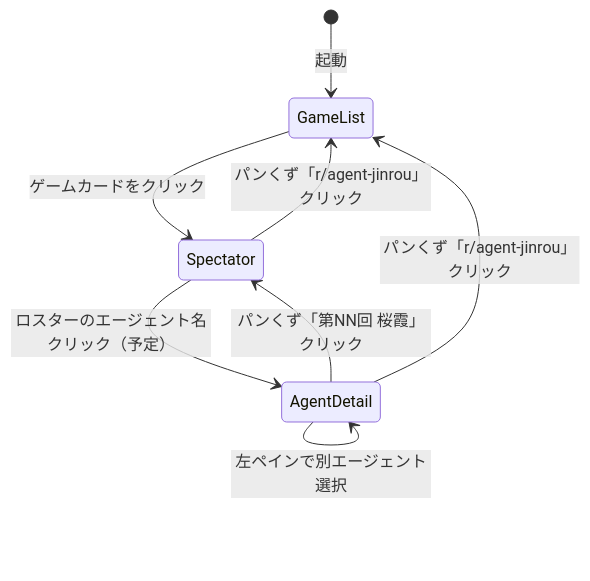
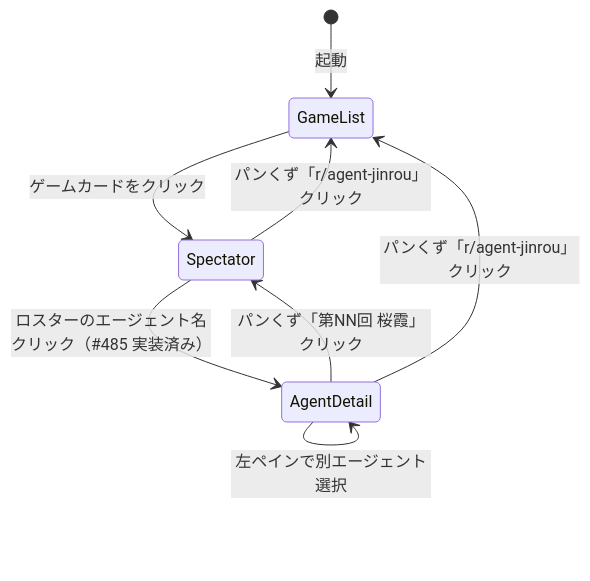
One commit to yukkie/AgentVillage changed the first of 4 diagrams in doc/FrontendDesign.md. Above: the diagram before and after it, drawn with Mermaid. The commit also changed other lines of this file and 3 other files, not shown here.

Commit message:
feat(frontend): make SpectatorScreen avatars navigable to AgentDetailScreen (closes #485)

````diff
--- a/doc/FrontendDesign.md
+++ b/doc/FrontendDesign.md
@@ -154,10 +154,10 @@
 ```mermaid
 stateDiagram-v2
     [*] --> GameList : 起動
     GameList --> Spectator : ゲームカードをクリック
     Spectator --> GameList : パンくず「r/agent-jinrou」クリック
-    Spectator --> AgentDetail : ロスターのエージェント名クリック（予定）
+    Spectator --> AgentDetail : ロスターのエージェント名クリック（#485 実装済み）
     AgentDetail --> Spectator : パンくず「第NN回 桜霞」クリック
     AgentDetail --> AgentDetail : 左ペインで別エージェント選択
     AgentDetail --> GameList : パンくず「r/agent-jinrou」クリック
 ```
````
